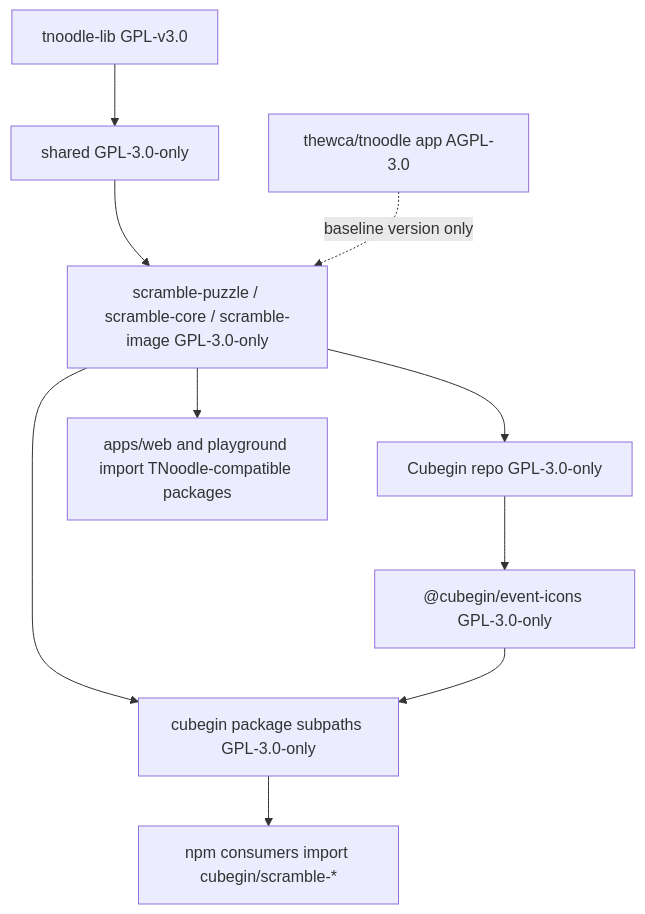
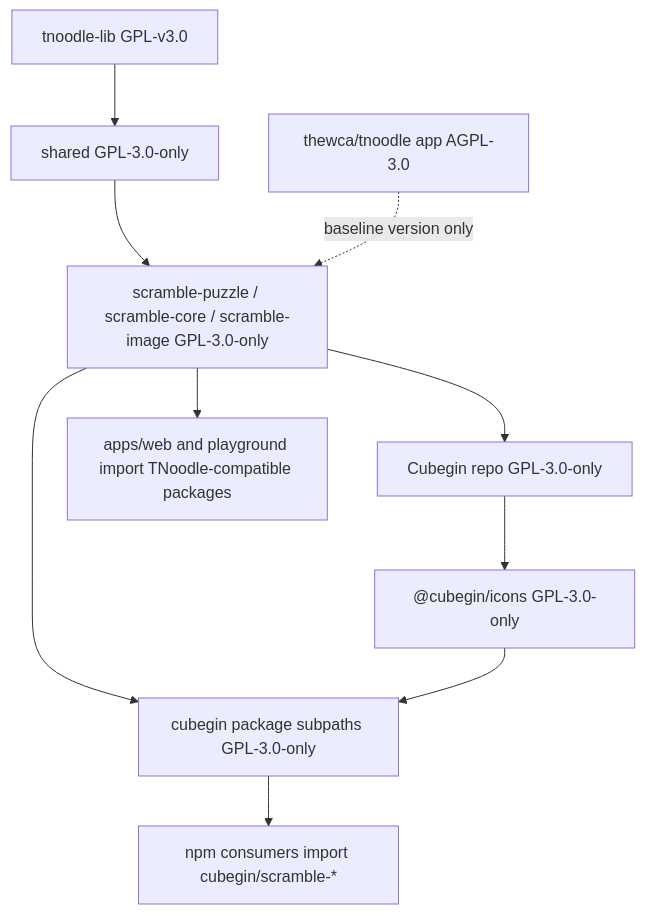
One commit to deweyou/cube-kit changed the diagram in docs/dependency-licensing.md. Above: the diagram before and after it, drawn with Mermaid. The commit also changed other lines of this file and 56 other files, not shown here.

Commit message:
feat: expand cubegin icons package

````diff
--- a/docs/dependency-licensing.md
+++ b/docs/dependency-licensing.md
@@ -3,13 +3,13 @@
 ```mermaid
 flowchart TD
     TnoodleLib["tnoodle-lib GPL-v3.0"] --> SharedPkg["shared GPL-3.0-only"]
     SharedPkg --> NewPackages["scramble-puzzle / scramble-core / scramble-image GPL-3.0-only"]
-    RepoLicense --> EventIcons["@cubegin/event-icons GPL-3.0-only"]
+    RepoLicense --> Icons["@cubegin/icons GPL-3.0-only"]
     NewPackages --> PublicPackage["cubegin package subpaths GPL-3.0-only"]
-    EventIcons --> PublicPackage
+    Icons --> PublicPackage
     NewPackages --> RepoLicense
     NewPackages --> Apps["apps/web and playground import TNoodle-compatible packages"]
     PublicPackage --> NpmConsumers["npm consumers import cubegin/scramble-*"]
     RepoLicense["Cubegin repo GPL-3.0-only"]
     TnoodleApp["thewca/tnoodle app AGPL-3.0"] -. "baseline version only" .-> NewPackages
 ```
````
